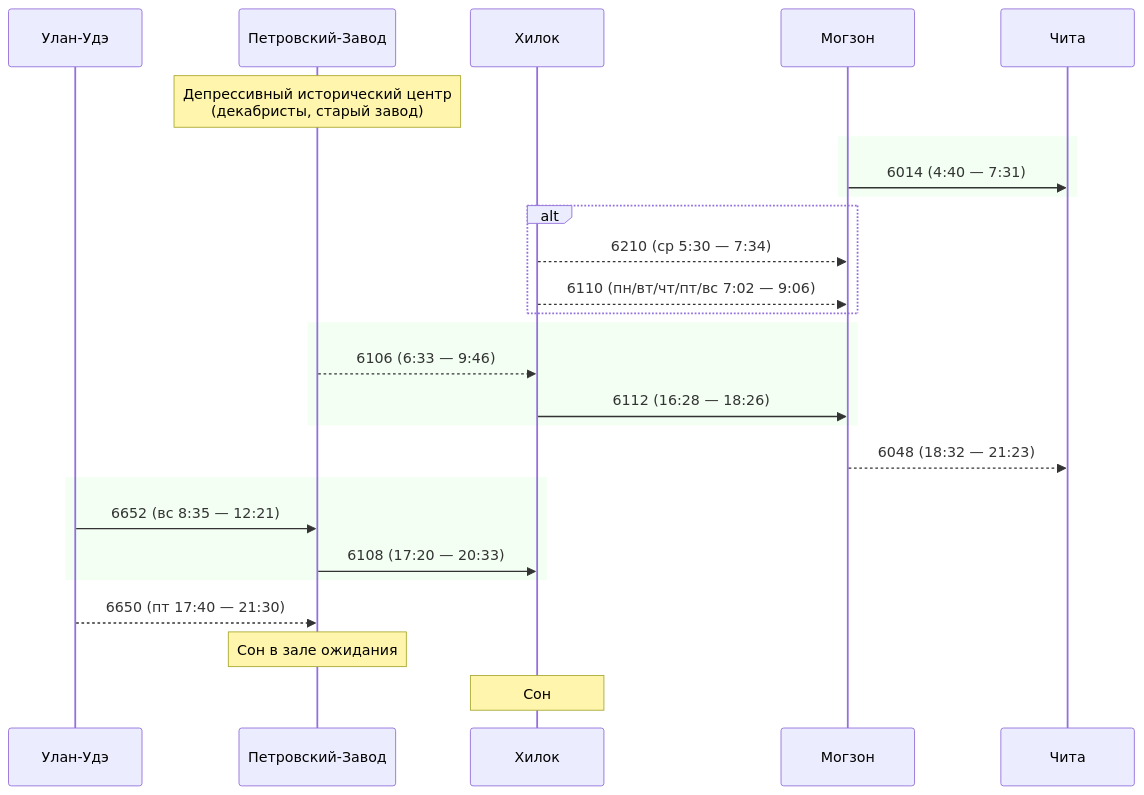
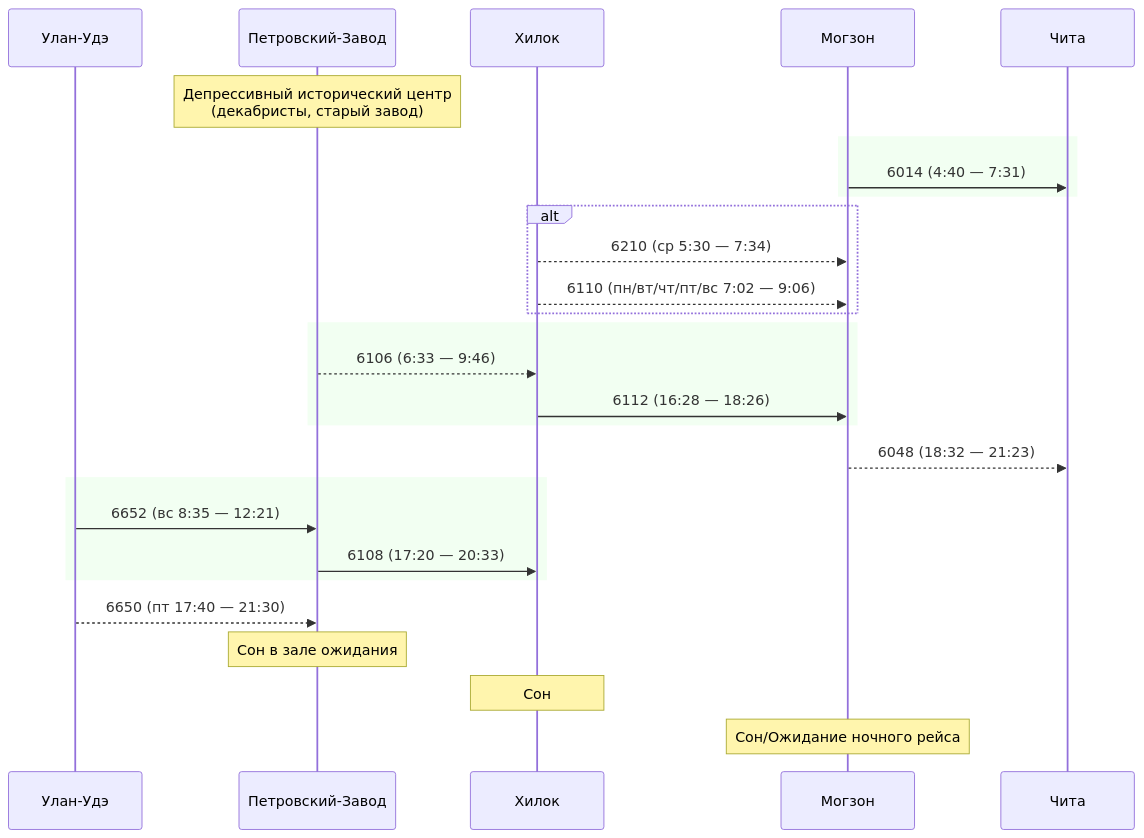
Diagram 13 of 14 in README.md (u0feff/Pezda), drawn with Mermaid before and after one commit. The commit also changed other lines of this file, not shown here.

````diff
--- a/README.md
+++ b/README.md
@@ -561,35 +561,36 @@
 ```mermaid
 sequenceDiagram
     participant Улан-Удэ
     participant Петровский-Завод
     participant Хилок
     participant Могзон
     participant Чита
 
     Note over Петровский-Завод: Депрессивный исторический центр<br>(декабристы, старый завод)
 
     rect rgba(0, 255, 0, 0.05)
     Могзон->>Чита: 6014 (4:40 — 7:31)
     end
 
     alt
     Хилок-->>Могзон: 6210 (ср 5:30 — 7:34)
     Хилок-->>Могзон: 6110 (пн/вт/чт/пт/вс 7:02 — 9:06)
     end
 
     rect rgba(0, 255, 0, 0.05)
     Петровский-Завод-->>Хилок: 6106 (6:33 — 9:46)
     Хилок->>Могзон: 6112 (16:28 — 18:26)
     end
     Могзон-->>Чита: 6048 (18:32 — 21:23)
 
     rect rgba(0, 255, 0, 0.05)
     Улан-Удэ->>Петровский-Завод: 6652 (вс 8:35 — 12:21)
     Петровский-Завод->>Хилок: 6108 (17:20 — 20:33)
     end
 
     Улан-Удэ-->>Петровский-Завод: 6650 (пт 17:40 — 21:30)
 
     Note over Петровский-Завод: Сон в зале ожидания
     Note over Хилок: Сон
+    Note over Могзон: Сон/Ожидание ночного рейса
 ```
````
